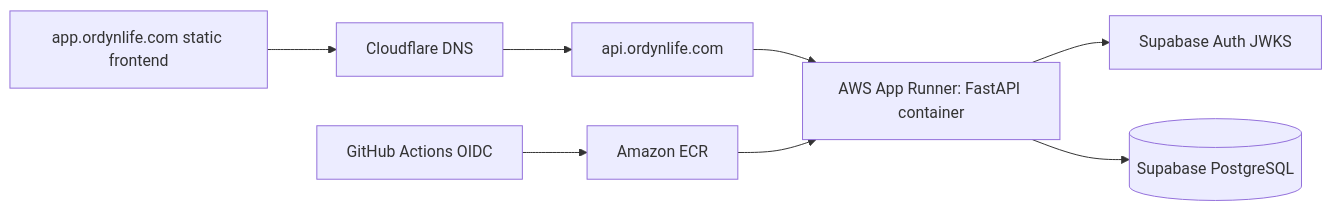
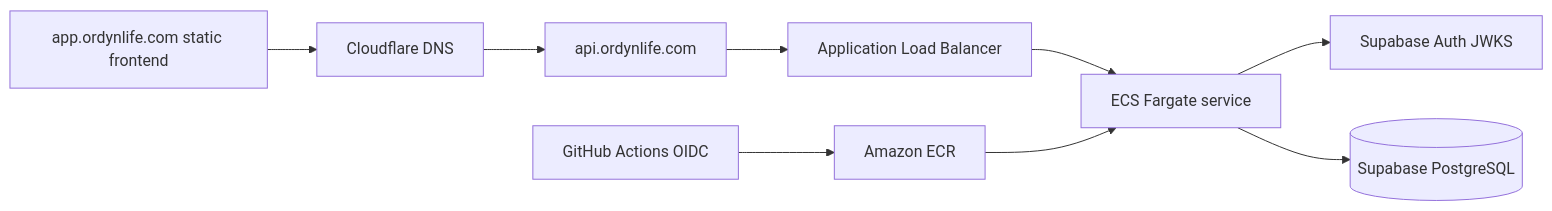
The diagram in docs/backend-deployment-plan.md (vini-araujo/Productivity-App), drawn with Mermaid before and after one commit. The commit also changed other lines of this file and 2 other files, not shown here.

````diff
--- a/docs/backend-deployment-plan.md
+++ b/docs/backend-deployment-plan.md
@@ -39,11 +29,12 @@
 ```mermaid
 flowchart LR
     Browser[app.ordynlife.com static frontend]
     Browser --> Cloudflare[Cloudflare DNS]
     Cloudflare --> APIHost[api.ordynlife.com]
-    APIHost --> AppRunner[AWS App Runner: FastAPI container]
-    AppRunner --> SupabaseAuth[Supabase Auth JWKS]
-    AppRunner --> SupabaseDB[(Supabase PostgreSQL)]
+    APIHost --> ALB[Application Load Balancer]
+    ALB --> ECS[ECS Fargate service]
+    ECS --> SupabaseAuth[Supabase Auth JWKS]
+    ECS --> SupabaseDB[(Supabase PostgreSQL)]
     GitHub[GitHub Actions OIDC] --> ECR[Amazon ECR]
-    ECR --> AppRunner
+    ECR --> ECS
 ```
````
